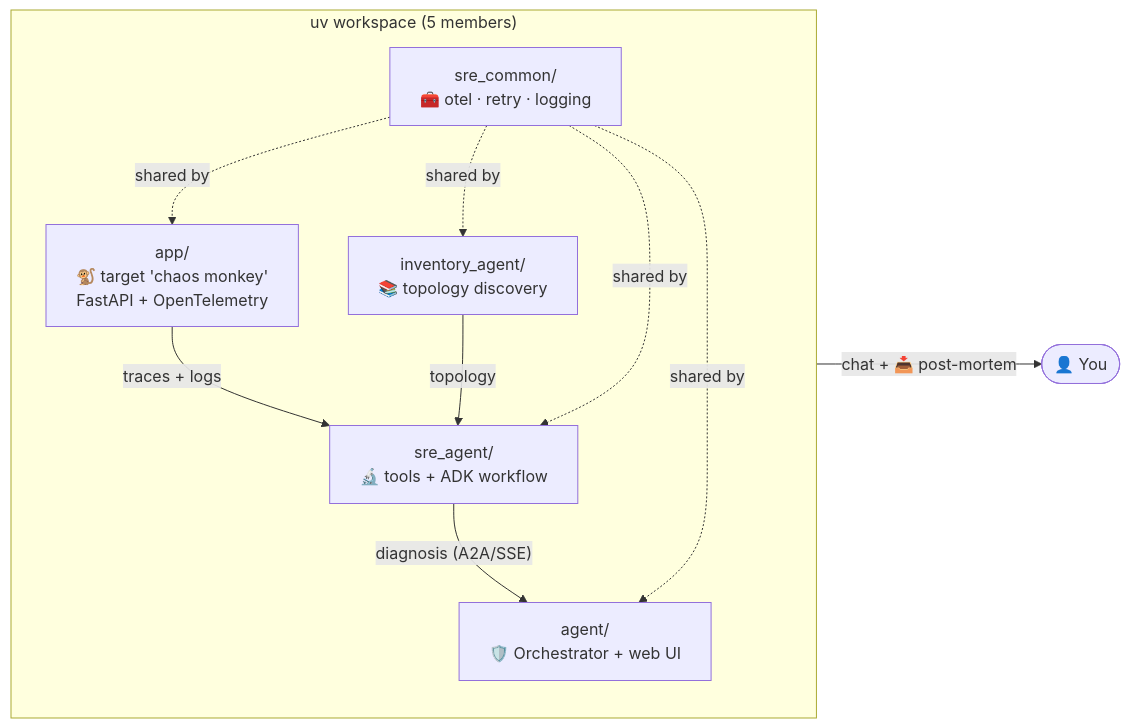
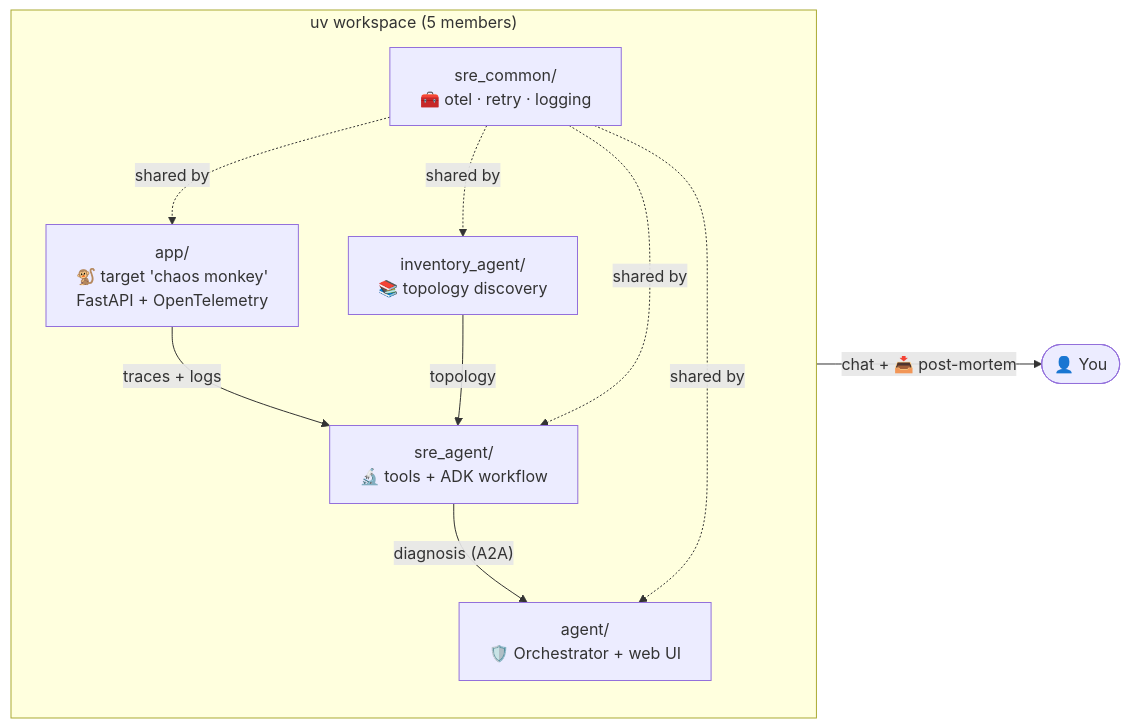
Before and after one commit to xSAVIKx/sre-agent: the first of 4 diagrams in CODELAB.md, drawn with Mermaid. The commit also changed other lines of this file and 6 other files, not shown here.

````diff
--- a/CODELAB.md
+++ b/CODELAB.md
@@ -26,16 +26,16 @@
 ```mermaid
 flowchart LR
     subgraph WS["uv workspace (5 members)"]
         direction TB
         APP["app/<br/>🐒 target 'chaos monkey'<br/>FastAPI + OpenTelemetry"]
         SRE["sre_agent/<br/>🔬 tools + ADK workflow"]
         AG["agent/<br/>🛡️ Orchestrator + web UI"]
         INV["inventory_agent/<br/>📚 topology discovery"]
         COM["sre_common/<br/>🧰 otel · retry · logging"]
     end
     APP -->|" traces + logs "| SRE
     INV -->|" topology "| SRE
-    SRE -->|" diagnosis (A2A/SSE) "| AG
+    SRE -->|" diagnosis (A2A) "| AG
     COM -.->|shared by| APP & SRE & AG & INV
     AG -->|" chat + 📥 post-mortem "| User(["👤 You"])
 ```
````
